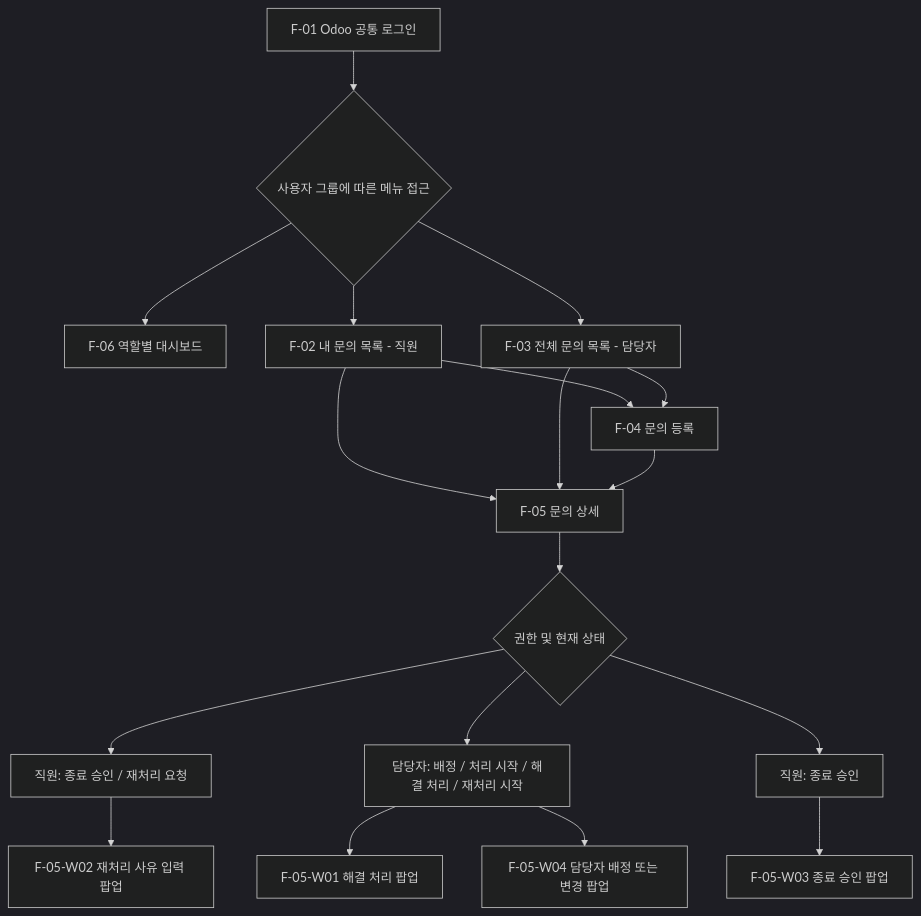
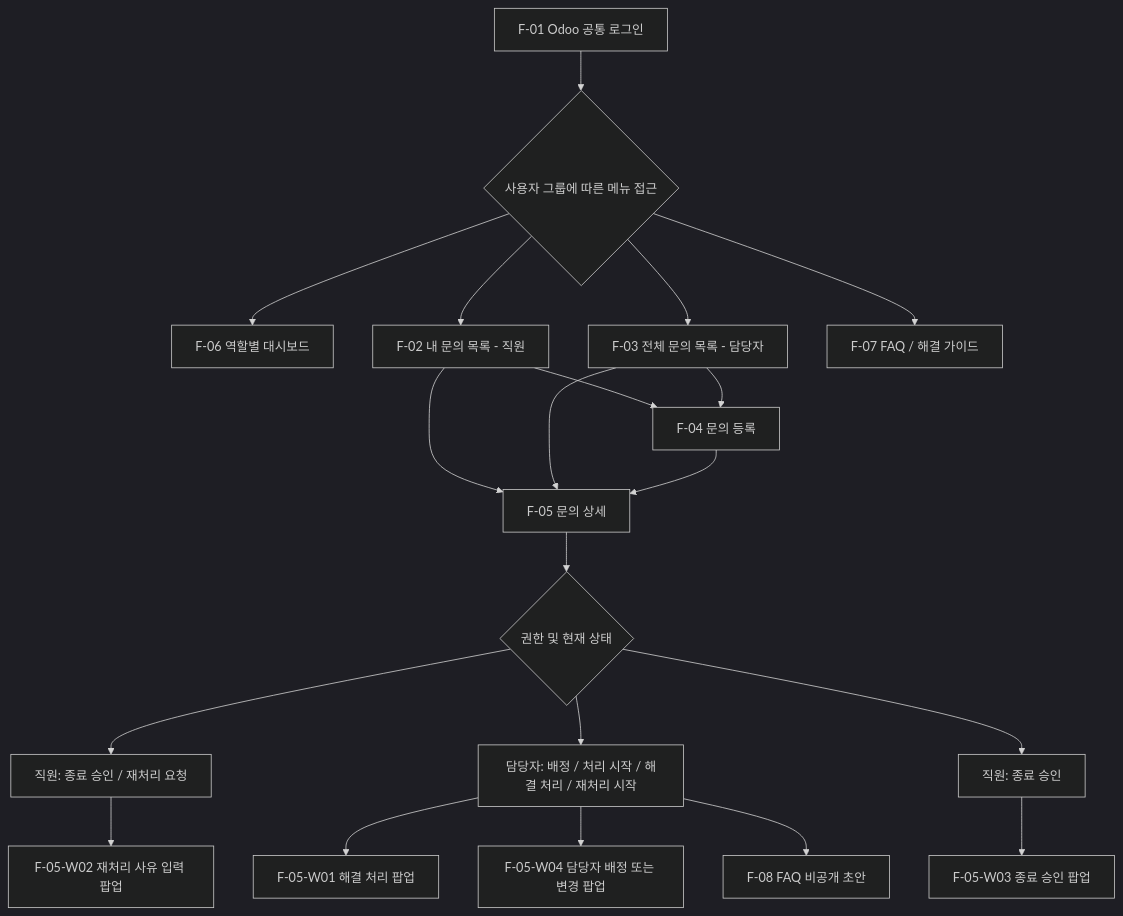
One commit to SeongMin-089/IT-Helpdesk changed the diagram in docs/screen-design.md. Above: the diagram before and after it, drawn with Mermaid (dark theme). The commit also changed other lines of this file and 17 other files, not shown here.

````diff
--- a/docs/screen-design.md
+++ b/docs/screen-design.md
@@ -8,20 +8,22 @@
 ```mermaid
 flowchart TD
     A[F-01 Odoo 공통 로그인] --> B{사용자 그룹에 따른 메뉴 접근}
     B --> O[F-06 역할별 대시보드]
     B --> C[F-02 내 문의 목록 - 직원]
     B --> D[F-03 전체 문의 목록 - 담당자]
+    B --> O2[F-07 FAQ / 해결 가이드]
     C --> E[F-04 문의 등록]
     D --> E
     C --> F[F-05 문의 상세]
     D --> F
     E --> F
     F --> G{권한 및 현재 상태}
     G --> H[직원: 종료 승인 / 재처리 요청]
     G --> I[담당자: 배정 / 처리 시작 / 해결 처리 / 재처리 시작]
     I --> J[F-05-W01 해결 처리 팝업]
     H --> K[F-05-W02 재처리 사유 입력 팝업]
     G --> L[직원: 종료 승인]
     L --> M[F-05-W03 종료 승인 팝업]
     I --> N[F-05-W04 담당자 배정 또는 변경 팝업]
+    I --> P[F-08 FAQ 비공개 초안]
 ```
````
